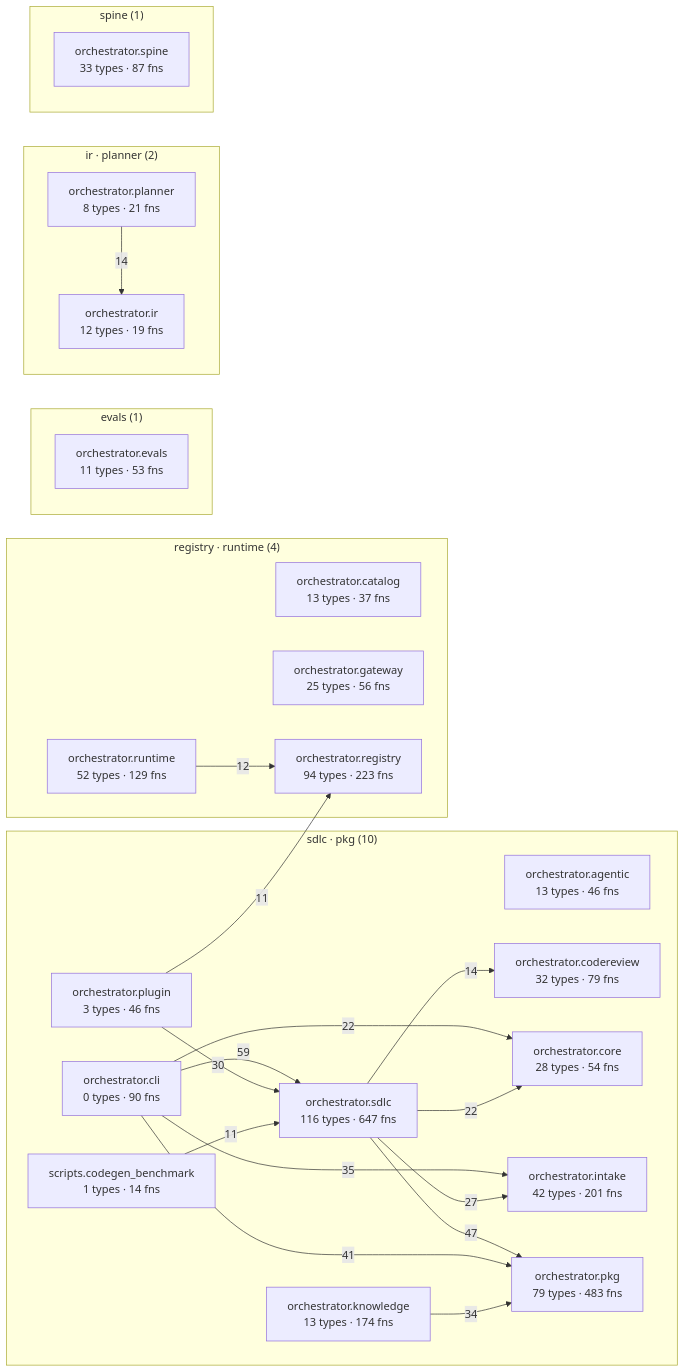
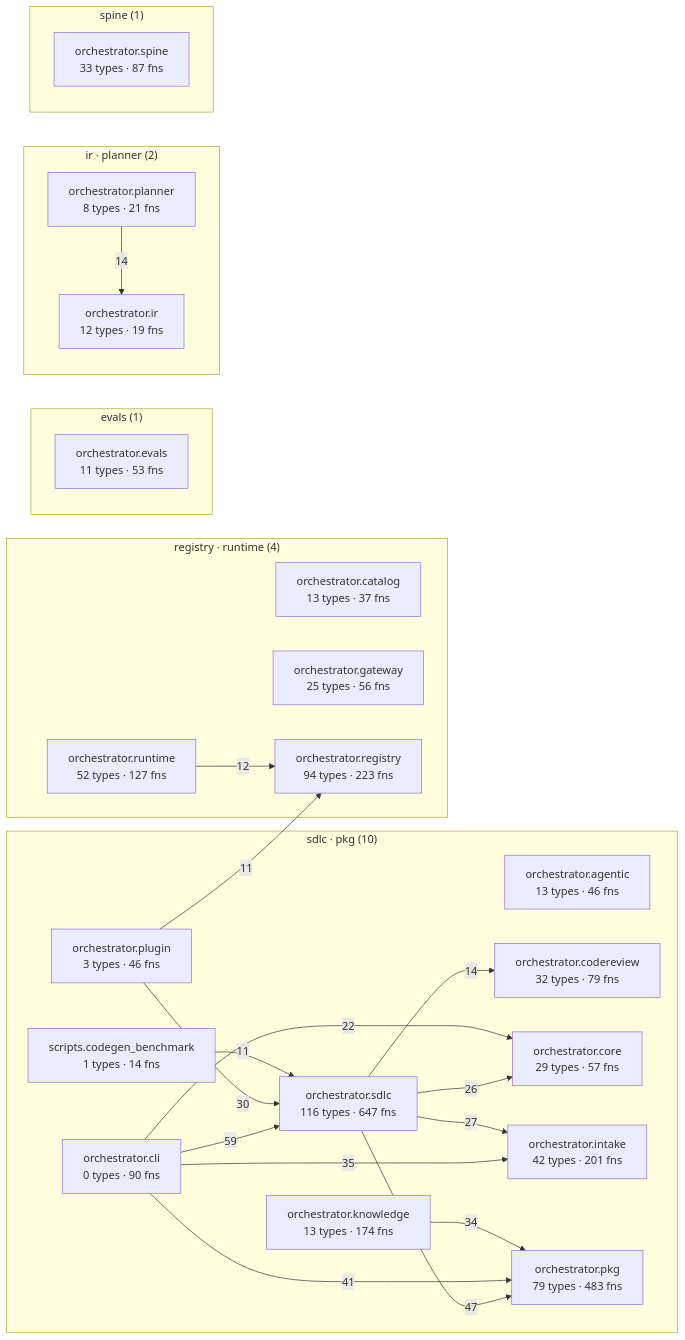
One commit to synaptixs/spine changed the diagram in episteme/architecture.md. Above: the diagram before and after it, drawn with Mermaid. The commit also changed other lines of this file and 9 other files, not shown here.

````diff
--- a/episteme/architecture.md
+++ b/episteme/architecture.md
@@ -55,45 +54,45 @@
 ```mermaid
 flowchart LR
   subgraph c_1["sdlc · pkg (10)"]
     aorchestratoragentic["orchestrator.agentic<br/>13 types · 46 fns"]
     aorchestratorcli["orchestrator.cli<br/>0 types · 90 fns"]
     aorchestratorcodereview["orchestrator.codereview<br/>32 types · 79 fns"]
-    aorchestratorcore["orchestrator.core<br/>28 types · 54 fns"]
+    aorchestratorcore["orchestrator.core<br/>29 types · 57 fns"]
     aorchestratorintake["orchestrator.intake<br/>42 types · 201 fns"]
     aorchestratorknowledge["orchestrator.knowledge<br/>13 types · 174 fns"]
     aorchestratorpkg["orchestrator.pkg<br/>79 types · 483 fns"]
     aorchestratorplugin["orchestrator.plugin<br/>3 types · 46 fns"]
     aorchestratorsdlc["orchestrator.sdlc<br/>116 types · 647 fns"]
     ascriptscodegenbenchmark["scripts.codegen_benchmark<br/>1 types · 14 fns"]
   end
   subgraph c_3["registry · runtime (4)"]
     aorchestratorcatalog["orchestrator.catalog<br/>13 types · 37 fns"]
     aorchestratorgateway["orchestrator.gateway<br/>25 types · 56 fns"]
     aorchestratorregistry["orchestrator.registry<br/>94 types · 223 fns"]
-    aorchestratorruntime["orchestrator.runtime<br/>52 types · 129 fns"]
+    aorchestratorruntime["orchestrator.runtime<br/>52 types · 127 fns"]
   end
   subgraph c_5["evals (1)"]
     aorchestratorevals["orchestrator.evals<br/>11 types · 53 fns"]
   end
   subgraph c_7["ir · planner (2)"]
     aorchestratorir["orchestrator.ir<br/>12 types · 19 fns"]
     aorchestratorplanner["orchestrator.planner<br/>8 types · 21 fns"]
   end
   subgraph c_10["spine (1)"]
     aorchestratorspine["orchestrator.spine<br/>33 types · 87 fns"]
   end
   aorchestratorcli -->|59| aorchestratorsdlc
   aorchestratorsdlc -->|47| aorchestratorpkg
   aorchestratorcli -->|41| aorchestratorpkg
   aorchestratorcli -->|35| aorchestratorintake
   aorchestratorknowledge -->|34| aorchestratorpkg
   aorchestratorplugin -->|30| aorchestratorsdlc
   aorchestratorsdlc -->|27| aorchestratorintake
+  aorchestratorsdlc -->|26| aorchestratorcore
   aorchestratorcli -->|22| aorchestratorcore
-  aorchestratorsdlc -->|22| aorchestratorcore
   aorchestratorplanner -->|14| aorchestratorir
   aorchestratorsdlc -->|14| aorchestratorcodereview
   aorchestratorruntime -->|12| aorchestratorregistry
   ascriptscodegenbenchmark -->|11| aorchestratorsdlc
   aorchestratorplugin -->|11| aorchestratorregistry
 ```
````
